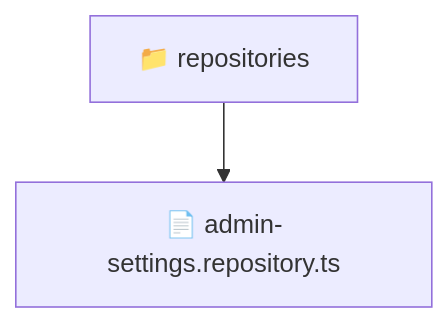
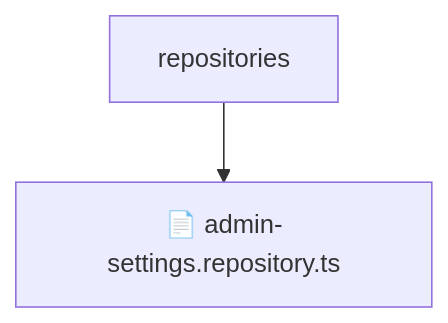
The diagram in backend/src/modules/admin-settings/infrastructure/repositories/README.md (beginwebdev2002/fullstack-mavluda), drawn with Mermaid before and after one commit. The commit also changed other lines of this file and 155 other files, not shown here.

````diff
--- a/backend/src/modules/admin-settings/infrastructure/repositories/README.md
+++ b/backend/src/modules/admin-settings/infrastructure/repositories/README.md
@@ -10,5 +14,5 @@
 ```mermaid
 graph TD
-  Root["📁 repositories"]
-  Root --> adminsettingsrepositoryts["📄 admin-settings.repository.ts"]
+    Root[repositories]
+    Root --> F0[📄 admin-settings.repository.ts]
 ```
````
